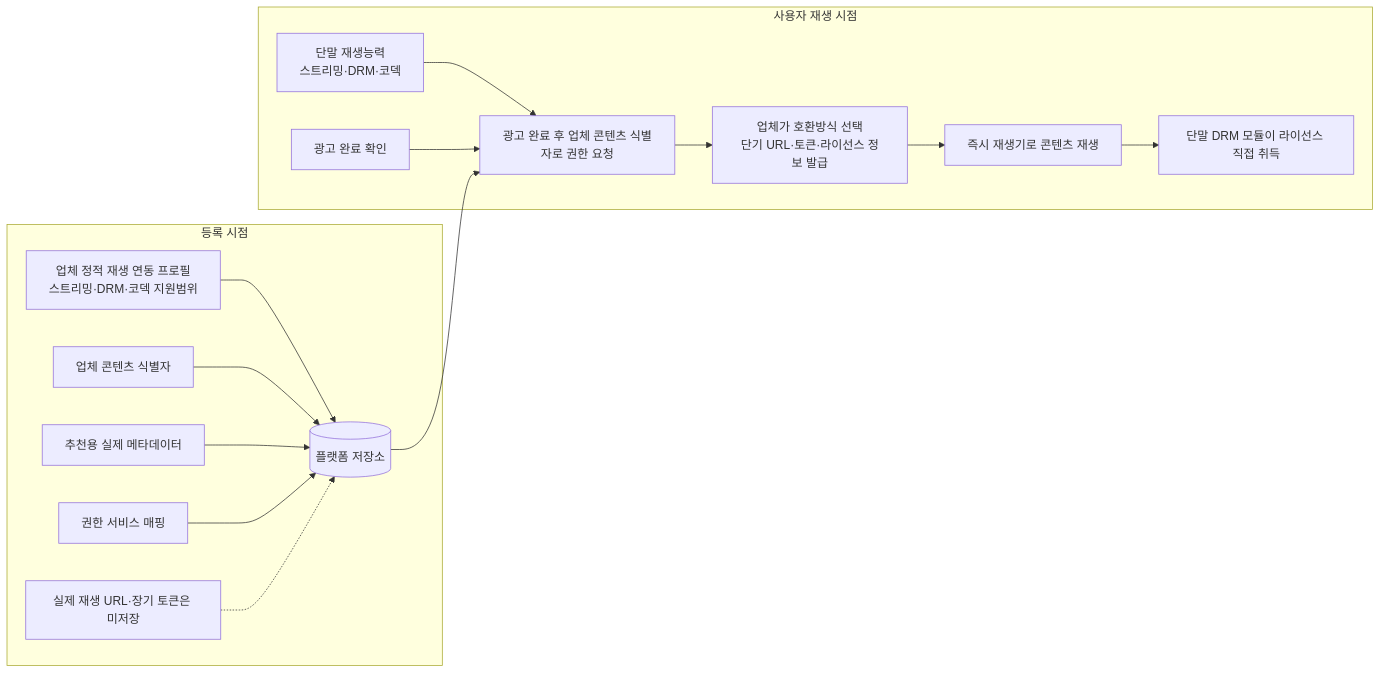
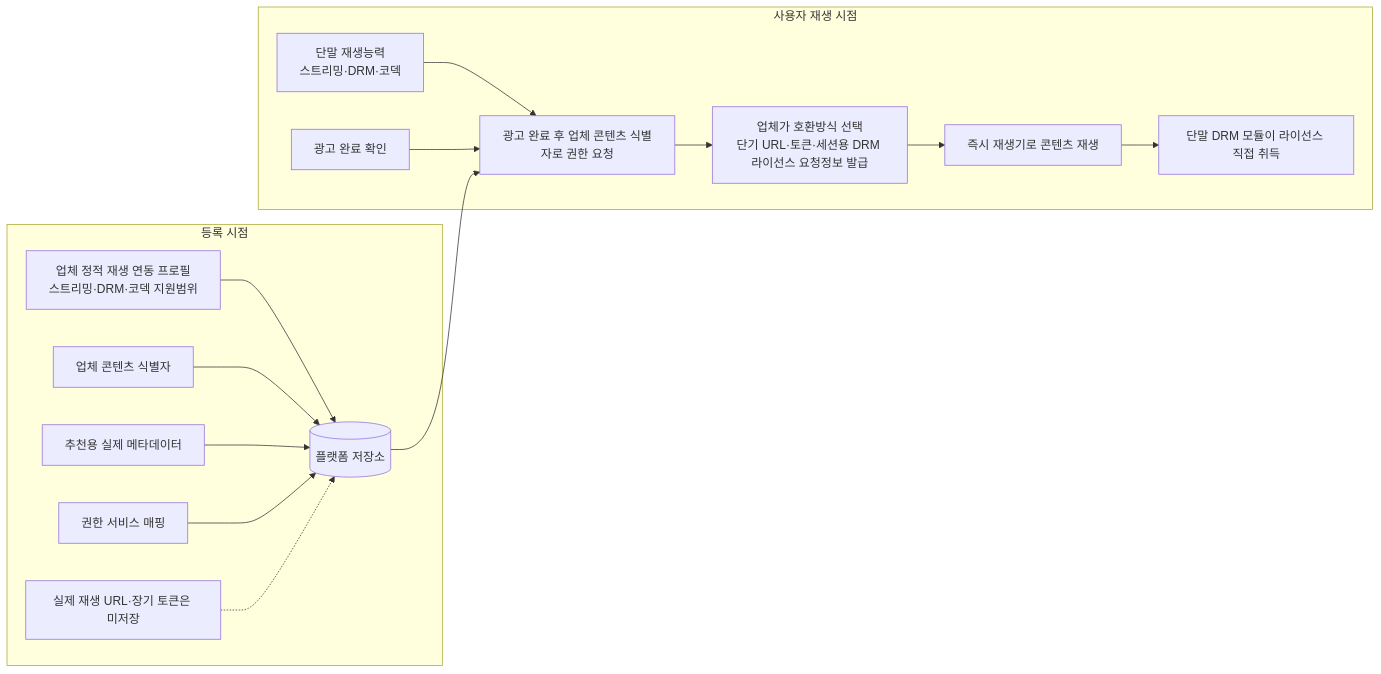
Before and after one commit to growdai1y/instant-play: the ninth of 11 diagrams in instant_play_직무발명서.md, drawn with Mermaid. The commit also changed other lines of this file, not shown here.

Commit message:
Clarify DRM license acquisition flow

````diff
--- a/instant_play_직무발명서.md
+++ b/instant_play_직무발명서.md
@@ -921,25 +953,25 @@
 ```mermaid
 flowchart LR
     subgraph REGISTER["등록 시점"]
         PROFILE["업체 정적 재생 연동 프로필<br/>스트리밍·DRM·코덱 지원범위"]
         ID["업체 콘텐츠 식별자"]
         META["추천용 실제 메타데이터"]
         MAP["권한 서비스 매핑"]
         NOURL["실제 재생 URL·장기 토큰은 미저장"]
         PROFILE --> STORE[("플랫폼 저장소")]
         ID --> STORE
         META --> STORE
         MAP --> STORE
         NOURL -.-> STORE
     end
 
     subgraph RUNTIME["사용자 재생 시점"]
         CAP["단말 재생능력<br/>스트리밍·DRM·코덱"] --> REQUEST["광고 완료 후 업체 콘텐츠 식별자로 권한 요청"]
         ADCOMPLETE["광고 완료 확인"] --> REQUEST
-        REQUEST --> RESPONSE["업체가 호환방식 선택<br/>단기 URL·토큰·라이선스 정보 발급"]
+        REQUEST --> RESPONSE["업체가 호환방식 선택<br/>단기 URL·토큰·세션용 DRM 라이선스 요청정보 발급"]
         RESPONSE --> PLAY["즉시 재생기로 콘텐츠 재생"]
         PLAY --> LICENSE["단말 DRM 모듈이 라이선스 직접 취득"]
     end
 
     STORE --> REQUEST
 ```
````
